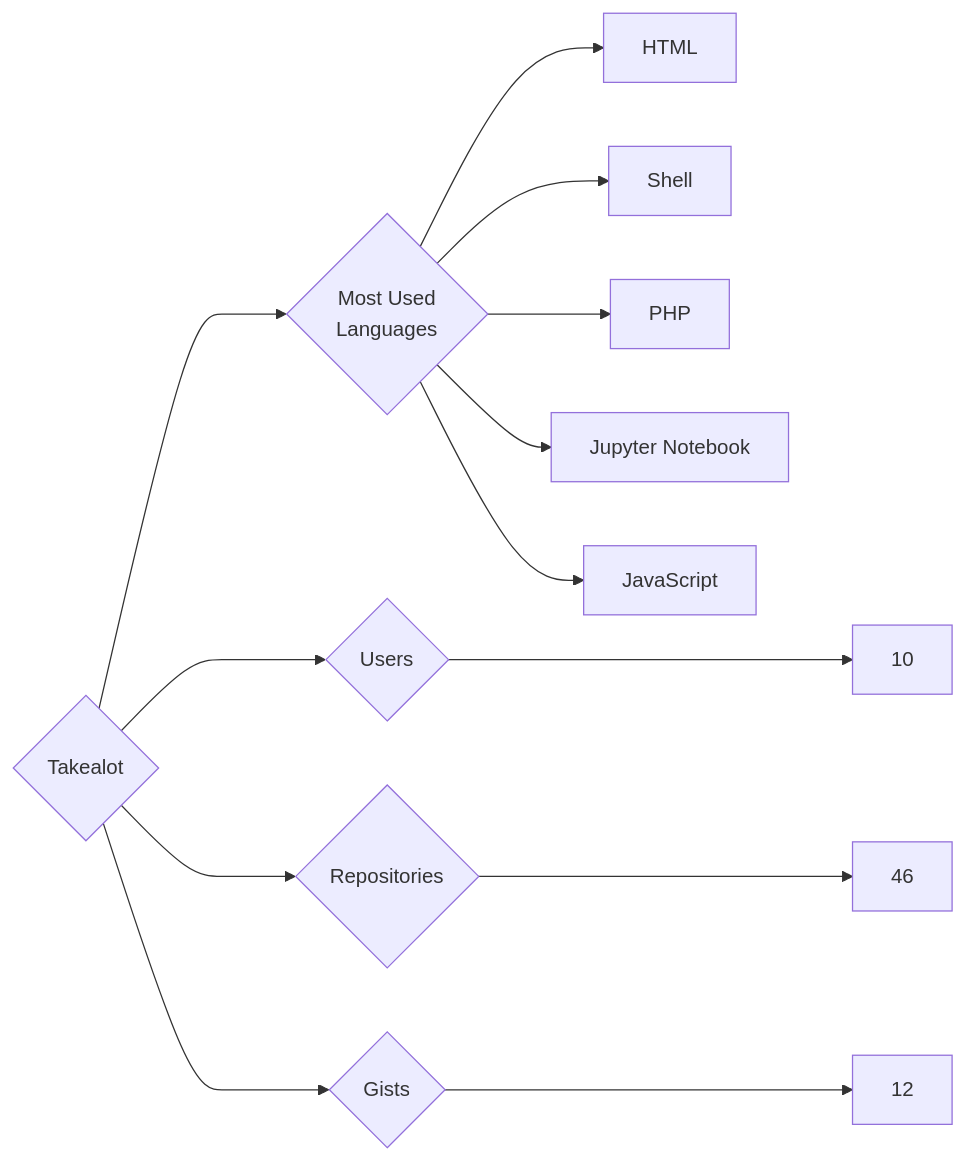
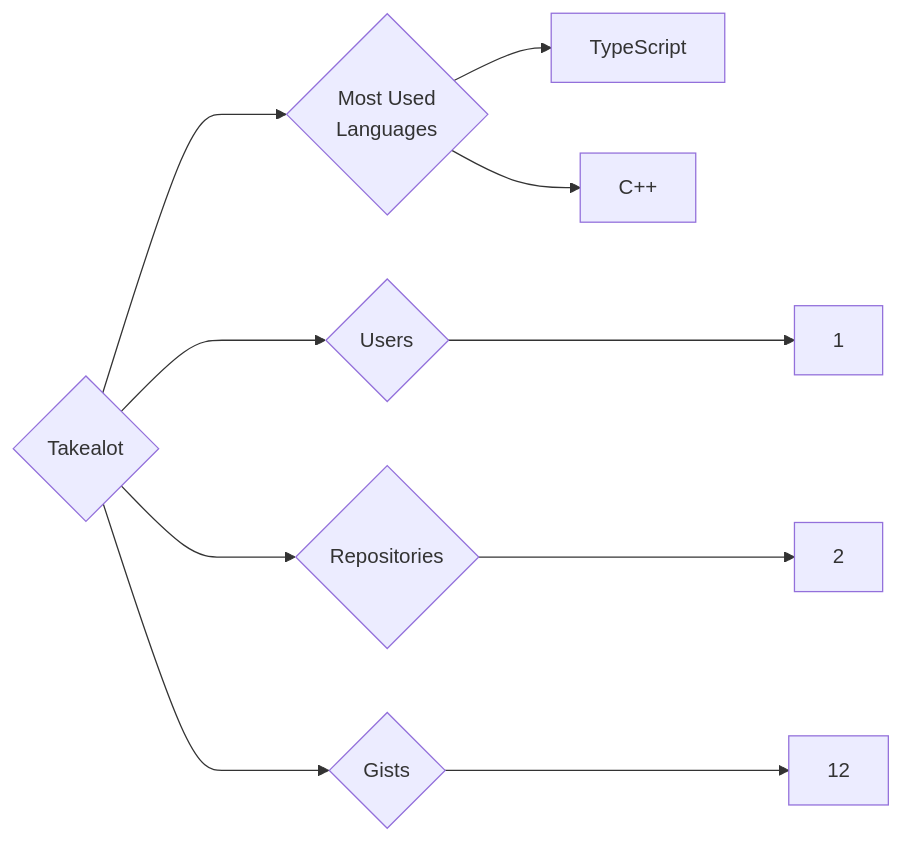
The diagram in targets/Takealot/README.md (trickest/insiders), drawn with Mermaid before and after one commit. The commit also changed 1011 other files, not shown here.

````diff
--- a/targets/Takealot/README.md
+++ b/targets/Takealot/README.md
@@ -3,13 +3,10 @@
 ```mermaid
 graph LR
 COMPANY_NAME{Takealot}
-COMPANY_NAME ---> U{Users} ---> UN[10]
-COMPANY_NAME ---> R{Repositories} ---> RN[46]
+COMPANY_NAME ---> U{Users} ---> UN[1]
+COMPANY_NAME ---> R{Repositories} ---> RN[2]
 COMPANY_NAME ---> G{Gists} ---> GN[12]
 COMPANY_NAME ---> ML{Most Used<br>Languages}
-ML --> HTML[HTML]
-ML --> Shell[Shell]
-ML --> PHP[PHP]
-ML --> Jupyter_Notebook[Jupyter Notebook]
-ML --> JavaScript[JavaScript]
+ML --> TypeScript[TypeScript]
+ML --> C++[C++]
 ```
````
